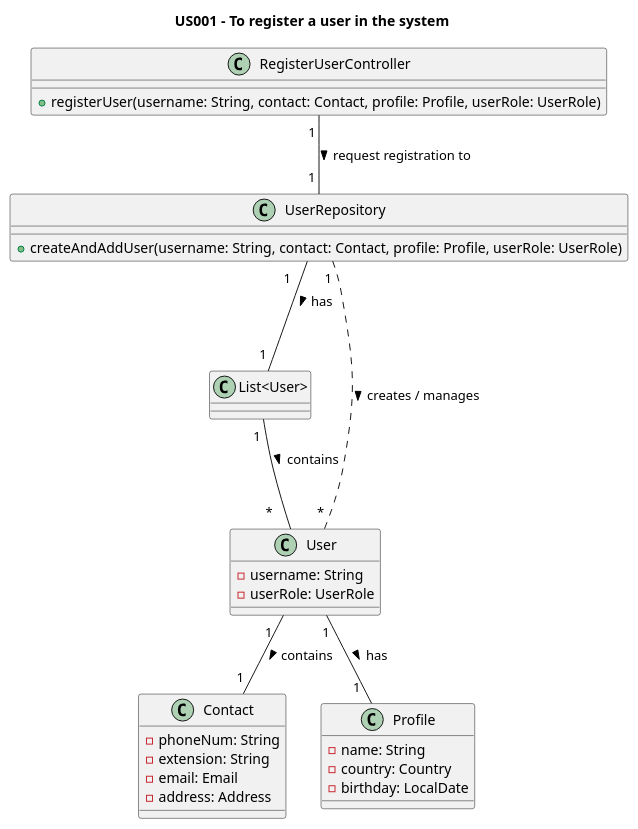
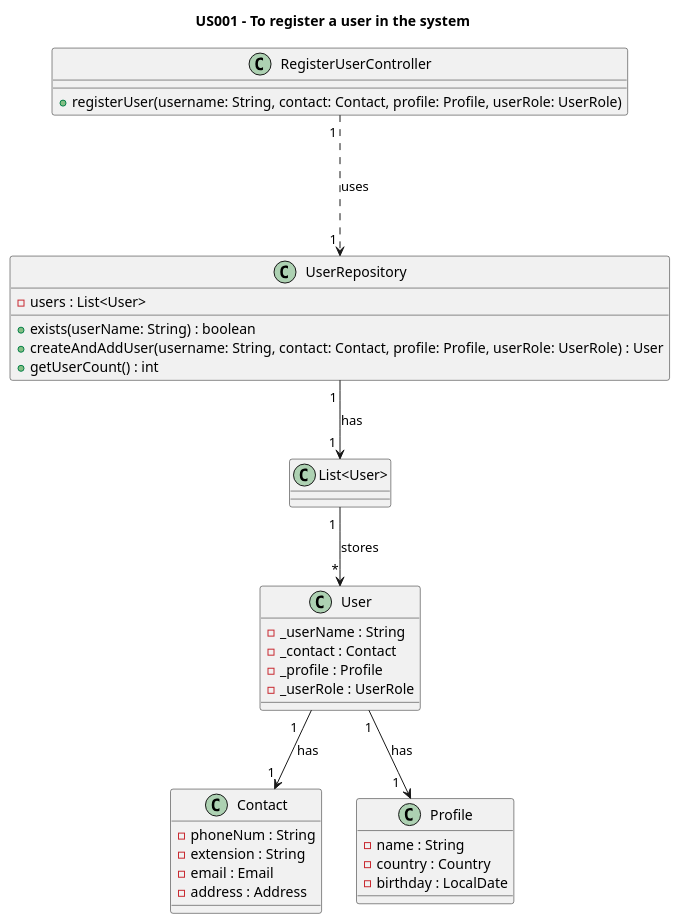
Before and after one commit to AndrePereiraGitH/SWitCH-Project-Team_A: the diagram in Diagrams/ClassDiagrams/US001-to-register-a-user.puml, drawn with PlantUML. The commit also changed 8 other files, not shown here.

Commit message:
Working on #244, updated diagrams, tests and created tests and class for UserFactory

```diff
--- a/Diagrams/ClassDiagrams/US001-to-register-a-user.puml
+++ b/Diagrams/ClassDiagrams/US001-to-register-a-user.puml
@@ -1,45 +1,43 @@
 @startuml
 title US001 - To register a user in the system
 
 class RegisterUserController {
   +registerUser(username: String, contact: Contact, profile: Profile, userRole: UserRole)
 }
 
 class UserRepository {
-  +createAndAddUser(username: String, contact: Contact, profile: Profile, userRole: UserRole)
-' Those methods are part of createAndAddUser
-'  -validateUser(u: User) : boolean
-'  -addUserToUserList(u: User) : void
+  -users : List<User>
+  +exists(userName: String) : boolean
+  +createAndAddUser(username: String, contact: Contact, profile: Profile, userRole: UserRole) : User
+  +getUserCount() : int
 }
 
-class "List<User>" {
-}
+class "List<User>"
 
 class User {
-  -username: String
-  -userRole: UserRole
+  -_userName : String
+  -_contact : Contact
+  -_profile : Profile
+  -_userRole : UserRole
 }
 
 class Contact {
-  -phoneNum: String
-  -extension: String
-  -email: Email
-  -address: Address
+  -phoneNum : String
+  -extension : String
+  -email : Email
+  -address : Address
 }
 
-
 class Profile {
-  -name: String
-  -country: Country
-  -birthday: LocalDate
+  -name : String
+  -country : Country
+  -birthday : LocalDate
 }
 
-' Interaction
+RegisterUserController "1 " --.> "1 " UserRepository : uses
+UserRepository "1 " --> "1 " "List<User>" : has
+"List<User>" "1 " --> "          *" User : stores
+User "1   " --> "1 " Contact : has
+User "1" --> "1  " Profile : has
 
-RegisterUserController "1 " -- "1 " UserRepository : request registration to >
-UserRepository "1 " .--- " * " User : creates / manages >
-UserRepository "1    " -- "1 " "List<User>" : has >
-"List<User>" "1 " -- " *    " User : contains >
-User "1  " -- "1 " Contact : contains >
-User "1" -- "1  " Profile : has >
 @enduml
```
